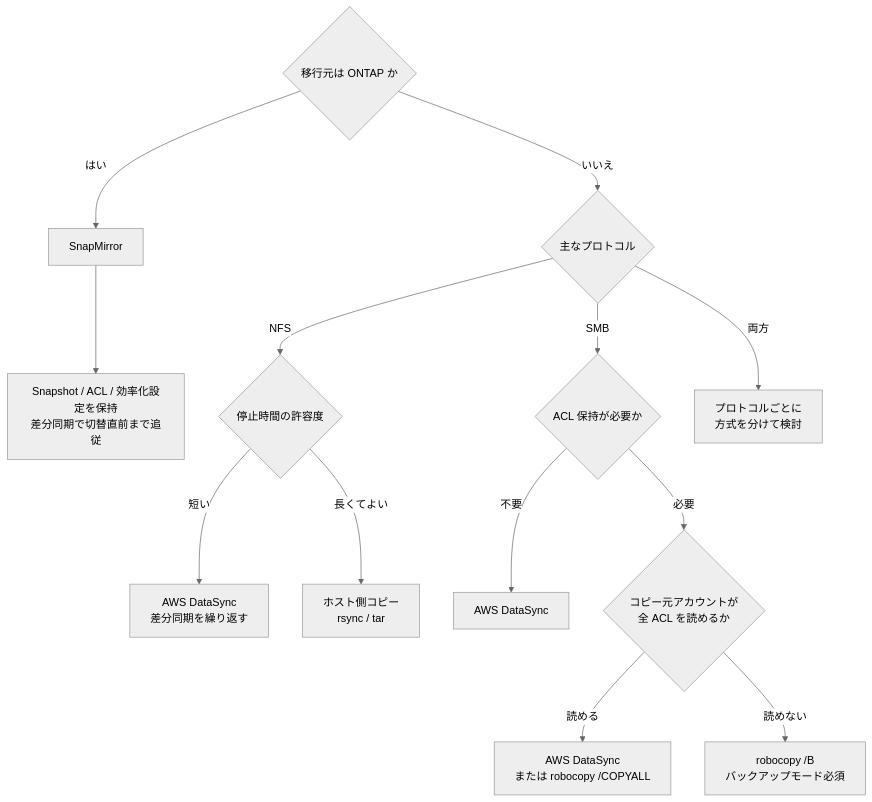
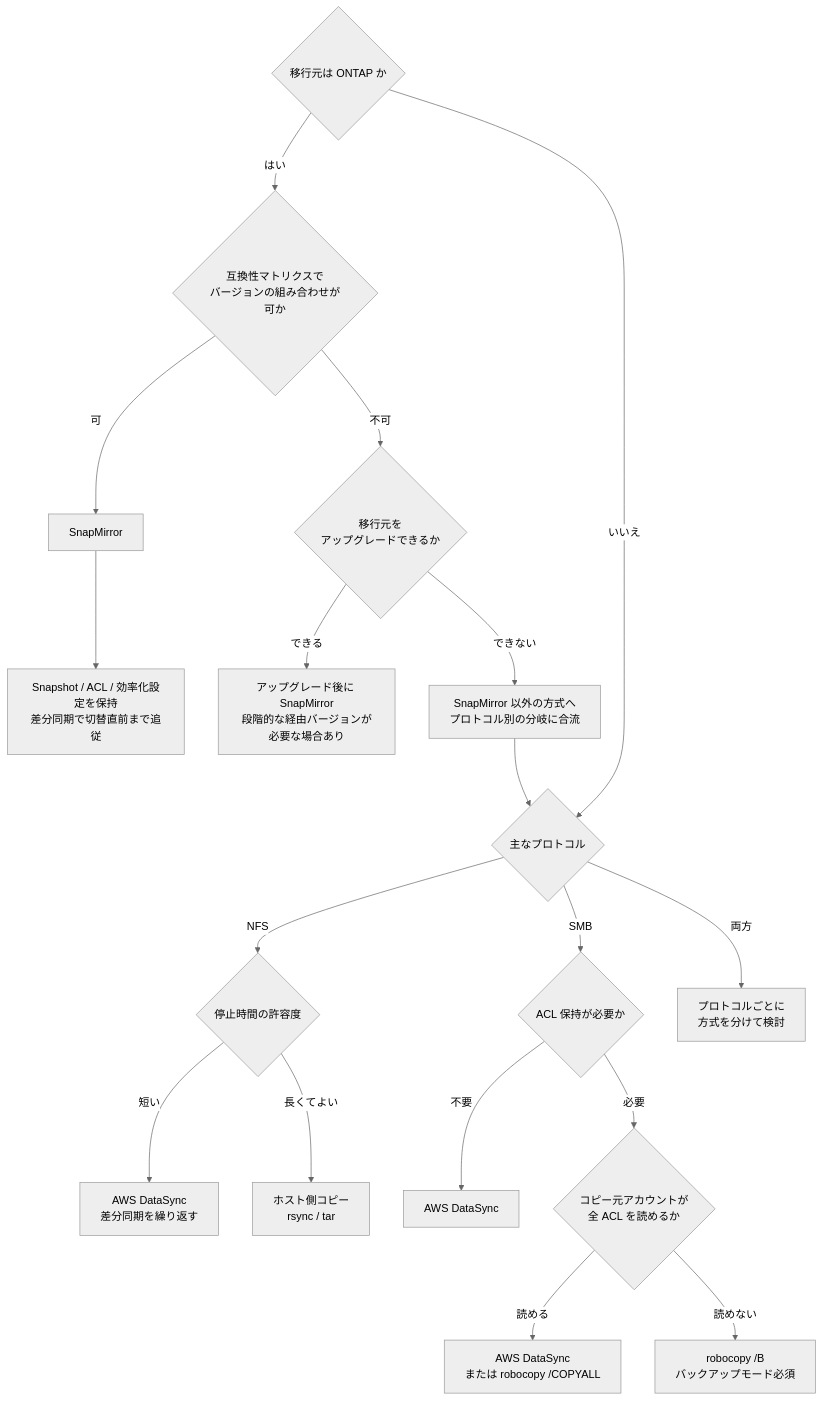
One commit to Yoshiki0705/FSx-for-ONTAP-Adoption-Playbook changed the diagram in docs/ja/reference/decision-trees/migration-method.md. Above: the diagram before and after it, drawn with Mermaid (neutral theme). The commit also changed other lines of this file and 1 other file, not shown here.

First line of the commit message:
docs: gate the SnapMirror branch on version compatibility (#7)

````diff
--- a/docs/ja/reference/decision-trees/migration-method.md
+++ b/docs/ja/reference/decision-trees/migration-method.md
@@ -31,20 +35,27 @@
 ```mermaid
 graph TD
-    S{移行元は ONTAP か} -->|はい| SM[SnapMirror]
+    S{移行元は ONTAP か} -->|はい| VC{互換性マトリクスで<br/>バージョンの組み合わせが可か}
     S -->|いいえ| P{主なプロトコル}
+
+    VC -->|可| SM[SnapMirror]
+    VC -->|不可| UP{移行元を<br/>アップグレードできるか}
+
+    UP -->|できる| UP1[アップグレード後に SnapMirror<br/>段階的な経由バージョンが必要な場合あり]
+    UP -->|できない| UP2[SnapMirror 以外の方式へ<br/>プロトコル別の分岐に合流]
+    UP2 --> P
 
     SM --> SM1[Snapshot / ACL / 効率化設定を保持<br/>差分同期で切替直前まで追従]
 
     P -->|NFS| N{停止時間の許容度}
     P -->|SMB| M{ACL 保持が必要か}
     P -->|両方| B[プロトコルごとに<br/>方式を分けて検討]
 
     N -->|短い| N1[AWS DataSync<br/>差分同期を繰り返す]
     N -->|長くてよい| N2[ホスト側コピー<br/>rsync / tar]
 
     M -->|不要| M1[AWS DataSync]
     M -->|必要| A{コピー元アカウントが<br/>全 ACL を読めるか}
 
     A -->|読める| A1[AWS DataSync<br/>または robocopy /COPYALL]
     A -->|読めない| A2[robocopy /B<br/>バックアップモード必須]
 ```
````
